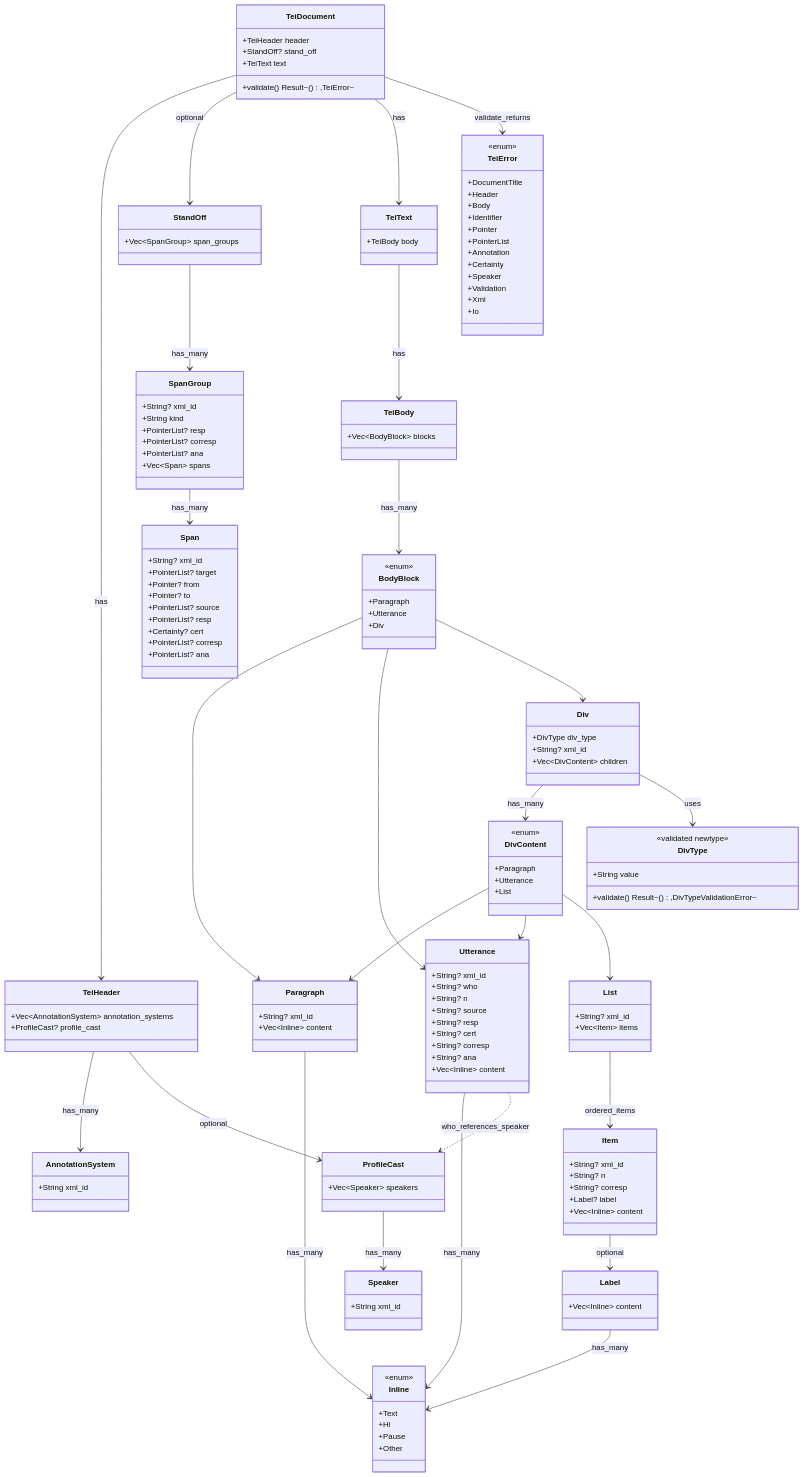
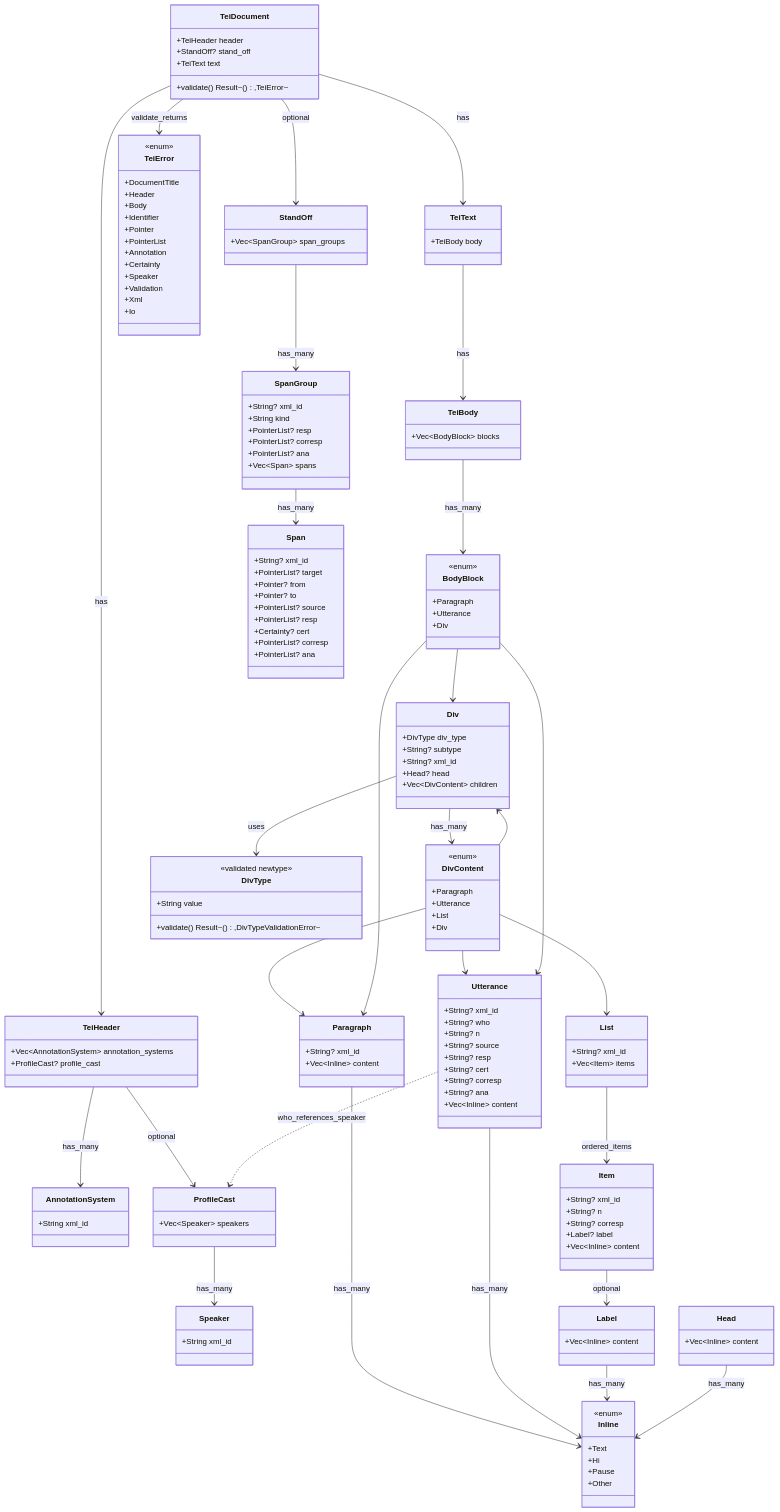
The second of 5 diagrams in docs/tei-rapporteur-design-document.md (leynos/tei-rapporteur), drawn with Mermaid before and after one commit. The commit also changed other lines of this file and 53 other files, not shown here.

First line of the commit message:
Refactor handle_empty_element; Recursive Div with head/subtype (#58)

```diff
--- a/docs/tei-rapporteur-design-document.md
+++ b/docs/tei-rapporteur-design-document.md
@@ -801,9 +816,15 @@
       +Vec~Inline~ content
     }
 
+    class Head {
+      +Vec~Inline~ content
+    }
+
     class Div {
       +DivType div_type
+      +String? subtype
       +String? xml_id
+      +Head? head
       +Vec~DivContent~ children
     }
 
@@ -812,6 +833,7 @@
       +Paragraph
       +Utterance
       +List
+      +Div
     }
 
     class List {
@@ -908,6 +930,7 @@
     DivContent --> Paragraph
     DivContent --> Utterance
     DivContent --> List
+    DivContent --> Div
 
     List --> Item : ordered_items
 
@@ -915,6 +938,7 @@
     Paragraph --> Inline : has_many
     Utterance --> Inline : has_many
     Label --> Inline : has_many
+    Head --> Inline : has_many
 
     Utterance ..> ProfileCast : who_references_speaker
 
```
